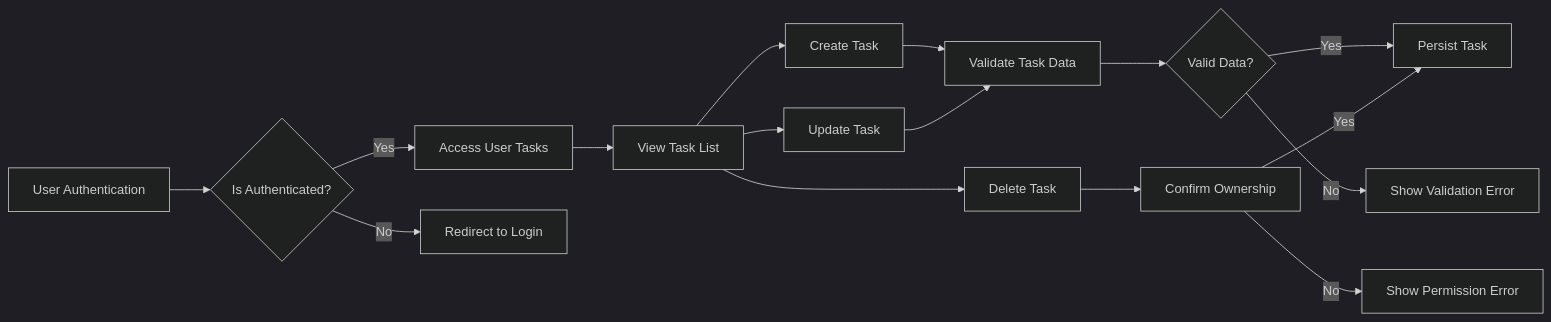
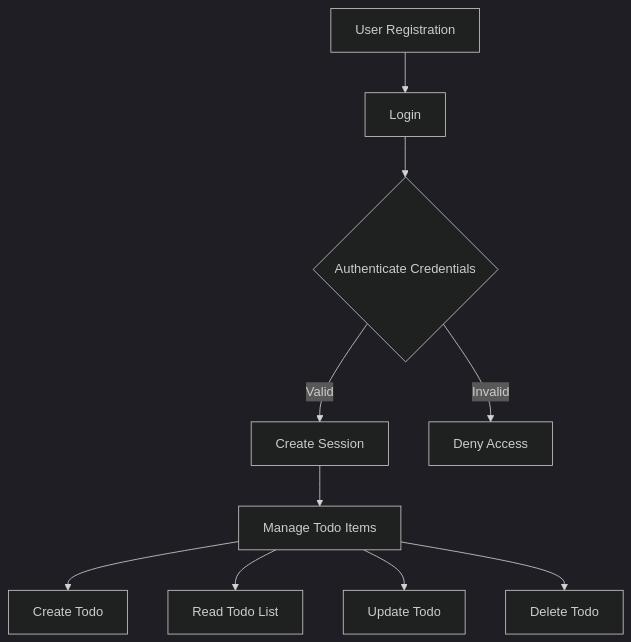
The diagram in openai/gpt-4.1-mini/todo/docs/analysis/00-toc.md (wrtnlabs/autobe-examples), drawn with Mermaid (dark theme) before and after one commit. The commit also changed other lines of this file and 8017 other files, not shown here.

````diff
--- a/openai/gpt-4.1-mini/todo/docs/analysis/00-toc.md
+++ b/openai/gpt-4.1-mini/todo/docs/analysis/00-toc.md
@@ -83,18 +94,12 @@
 ```mermaid
-graph LR
-  A["User Authentication"] --> B{"Is Authenticated?"}
-  B -->|"Yes"| C["Access User Tasks"]
-  B -->|"No"| D["Redirect to Login"]
-  C --> E["View Task List"]
-  E --> F["Create Task"]
-  E --> G["Update Task"]
-  E --> H["Delete Task"]
-  F --> I["Validate Task Data"]
-  G --> I
-  H --> J["Confirm Ownership"]
-  I --> K{"Valid Data?"}
-  K -->|"Yes"| L["Persist Task"]
-  K -->|"No"| M["Show Validation Error"]
-  J -->|"Yes"| L
-  J -->|"No"| N["Show Permission Error"]
+graph TD
+    A["User Registration"] --> B["Login"]
+    B --> C{"Authenticate Credentials"}
+    C -->|"Valid"| D["Create Session"]
+    C -->|"Invalid"| E["Deny Access"]
+    D --> F["Manage Todo Items"]
+    F --> G["Create Todo"]
+    F --> H["Read Todo List"]
+    F --> I["Update Todo"]
+    F --> J["Delete Todo"]
 ```
````
